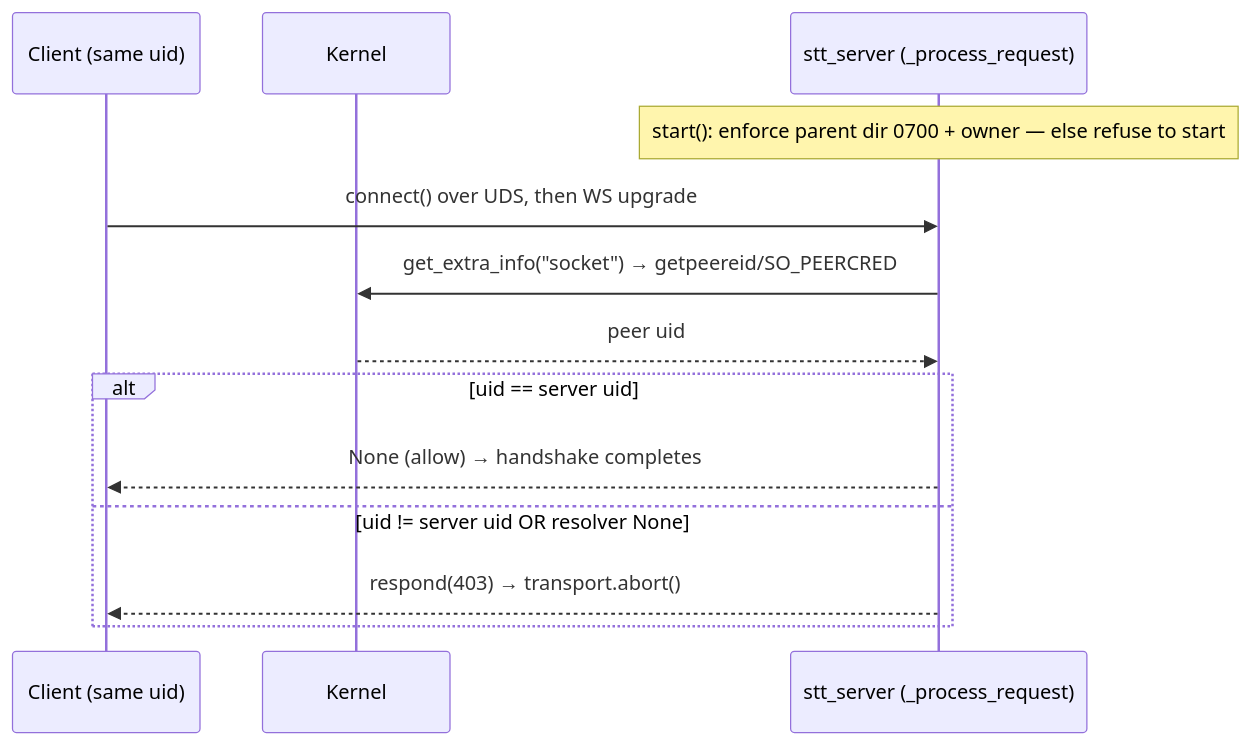
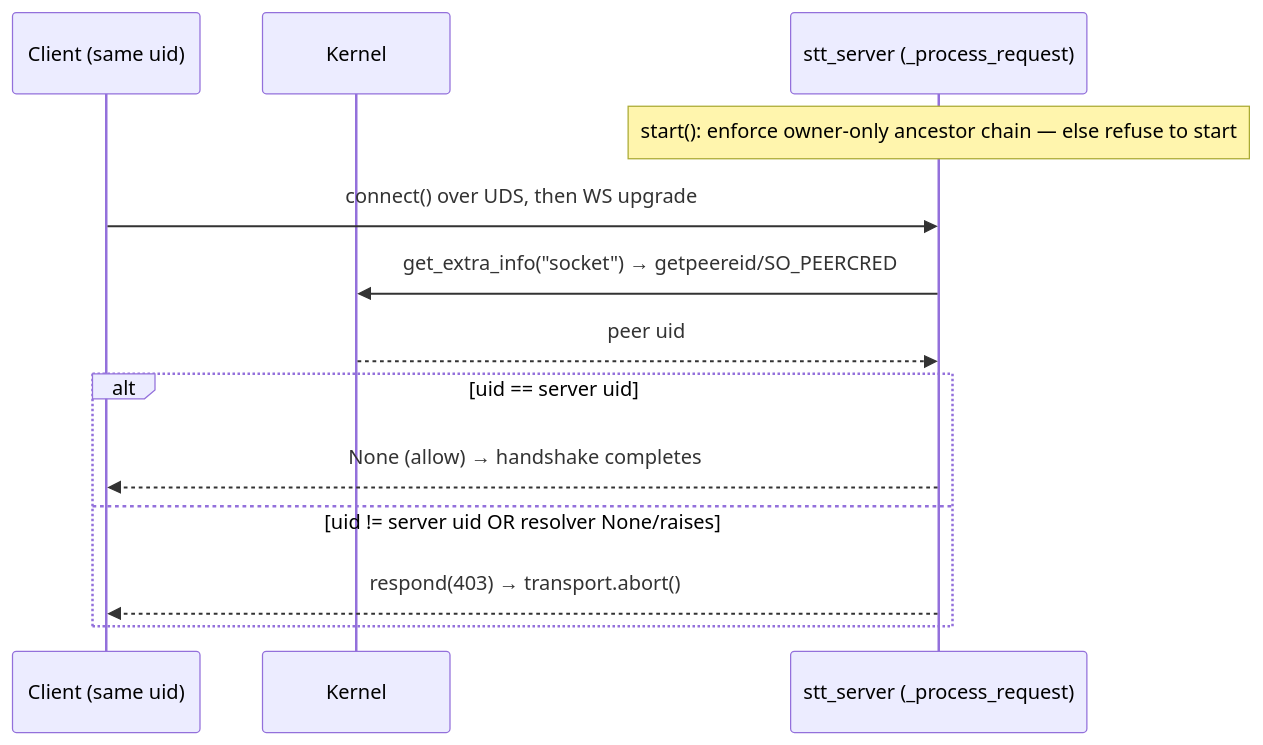
One commit to vr000m/pipecat-local-stt-server changed the diagram in docs/dev_plans/20260626-feature-uds-trust-boundary-hardening.md. Above: the diagram before and after it, drawn with Mermaid. The commit also changed other lines of this file, not shown here.

````diff
--- a/docs/dev_plans/20260626-feature-uds-trust-boundary-hardening.md
+++ b/docs/dev_plans/20260626-feature-uds-trust-boundary-hardening.md
@@ -328,15 +346,15 @@
 ```mermaid
 sequenceDiagram
     participant C as Client (same uid)
     participant K as Kernel
     participant S as stt_server (_process_request)
-    Note over S: start(): enforce parent dir 0700 + owner — else refuse to start
+    Note over S: start(): enforce owner-only ancestor chain — else refuse to start
     C->>S: connect() over UDS, then WS upgrade
     S->>K: get_extra_info("socket") → getpeereid/SO_PEERCRED
     K-->>S: peer uid
     alt uid == server uid
         S-->>C: None (allow) → handshake completes
-    else uid != server uid OR resolver None
+    else uid != server uid OR resolver None/raises
         S-->>C: respond(403) → transport.abort()
     end
 ```
````
